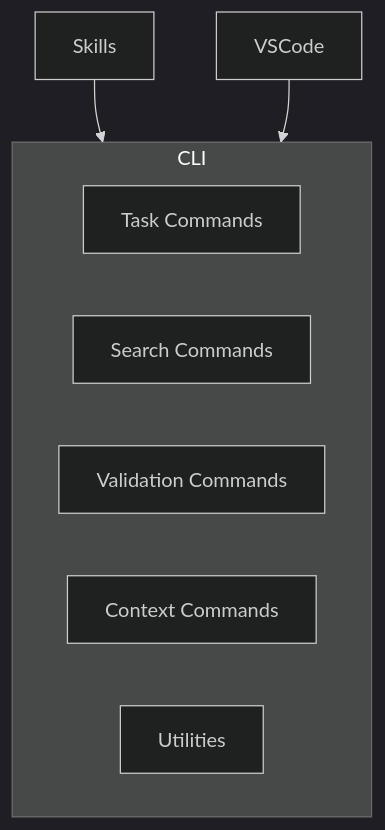
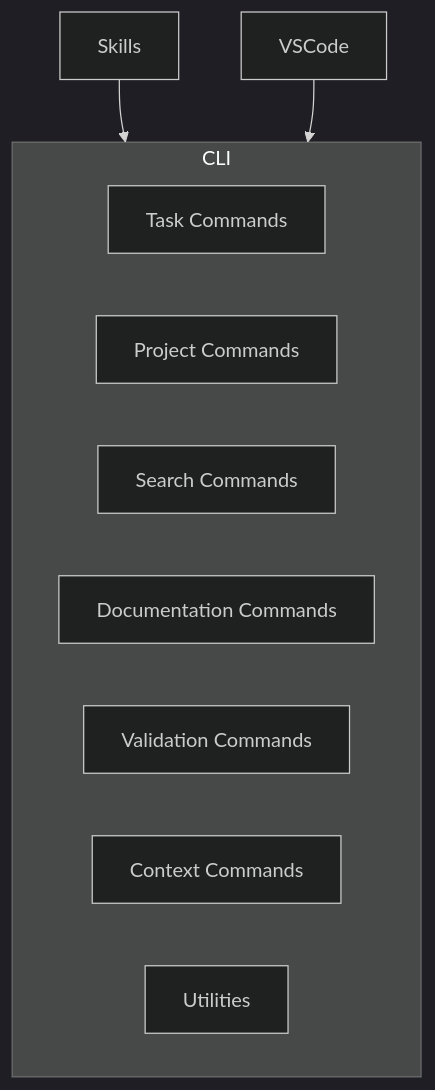
Before and after one commit to mattfletcher94/festinalente: the diagram in .festinalente/product/cli/_index.md, drawn with Mermaid (dark theme). The commit also changed other lines of this file and 14 other files, not shown here.

````diff
--- a/.festinalente/product/cli/_index.md
+++ b/.festinalente/product/cli/_index.md
@@ -30,13 +30,15 @@
 ```mermaid
 flowchart TB
     subgraph CLI
         tasks[Task Commands]
+        projects[Project Commands]
         search[Search Commands]
+        docs[Documentation Commands]
         validation[Validation Commands]
         context[Context Commands]
         utils[Utilities]
     end
 
     skills[Skills] --> CLI
     vscode[VSCode] --> CLI
 ```
````
